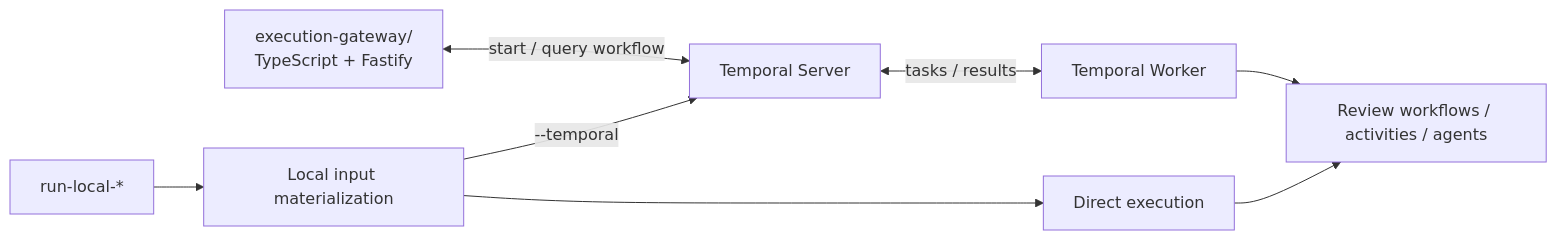
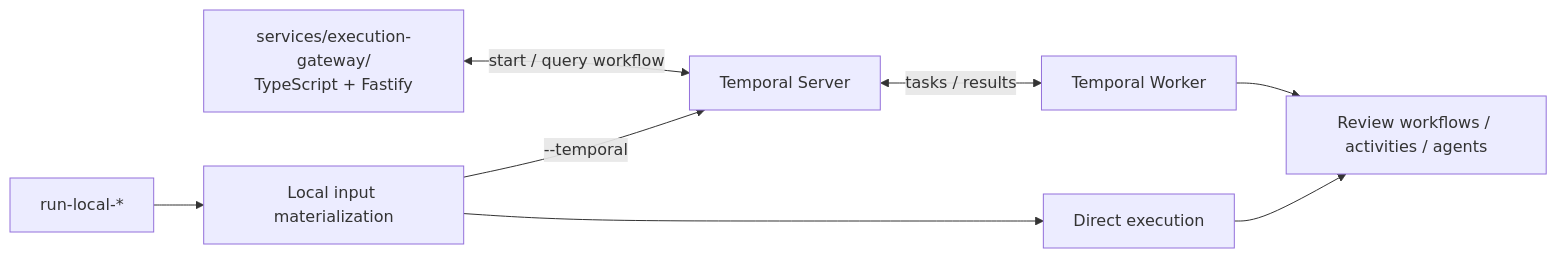
Before and after one commit to Agent-AI-Chalmers/sec-review-bot: the diagram in agents/README.md, drawn with Mermaid. The commit also changed other lines of this file and 203 other files, not shown here.

````diff
--- a/agents/README.md
+++ b/agents/README.md
@@ -111,12 +111,12 @@
 ```mermaid
 flowchart LR
-    gateway["execution-gateway/<br/>TypeScript + Fastify"] <-->|"start / query workflow"| temporal["Temporal Server"]
+    gateway["services/execution-gateway/<br/>TypeScript + Fastify"] <-->|"start / query workflow"| temporal["Temporal Server"]
 
     local["run-local-*"] --> materialize["Local input materialization"]
     materialize --> direct["Direct execution"]
     materialize -->|"--temporal"| temporal
 
     temporal <-->|"tasks / results"| worker["Temporal Worker"]
     worker --> execution["Review workflows / activities / agents"]
     direct --> execution
 ```
````
